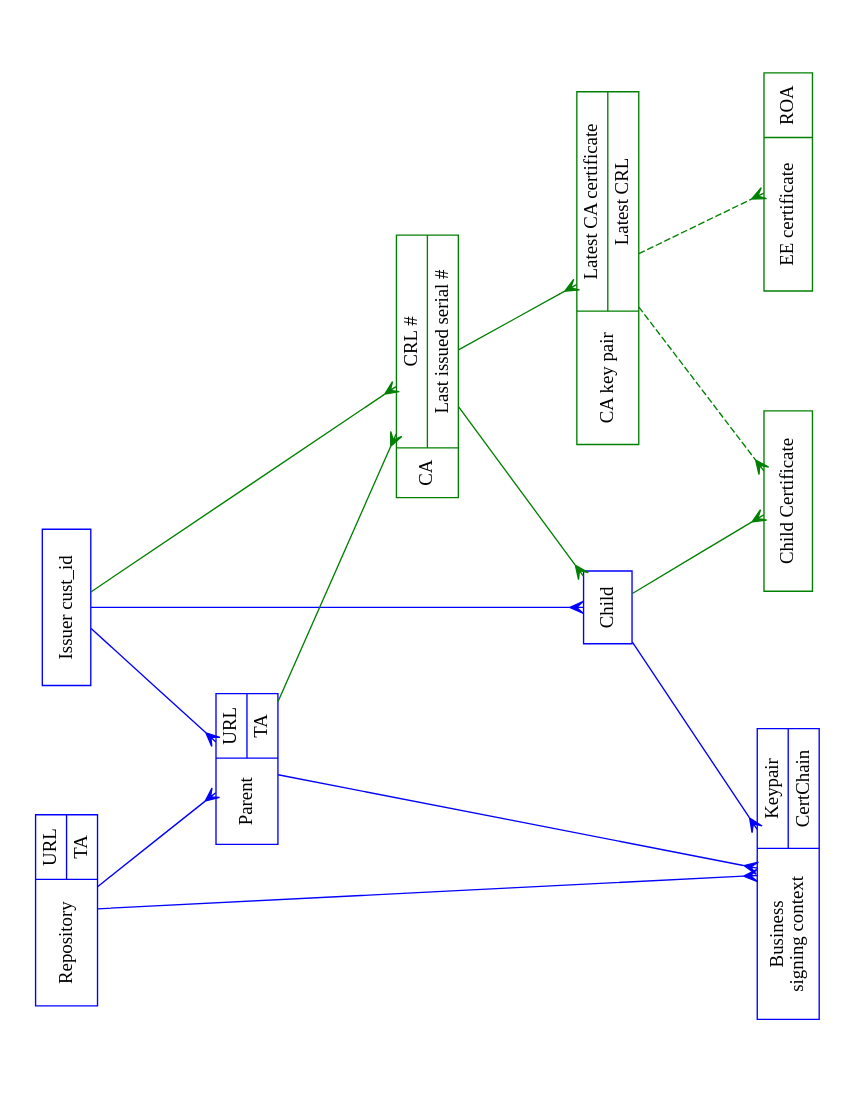
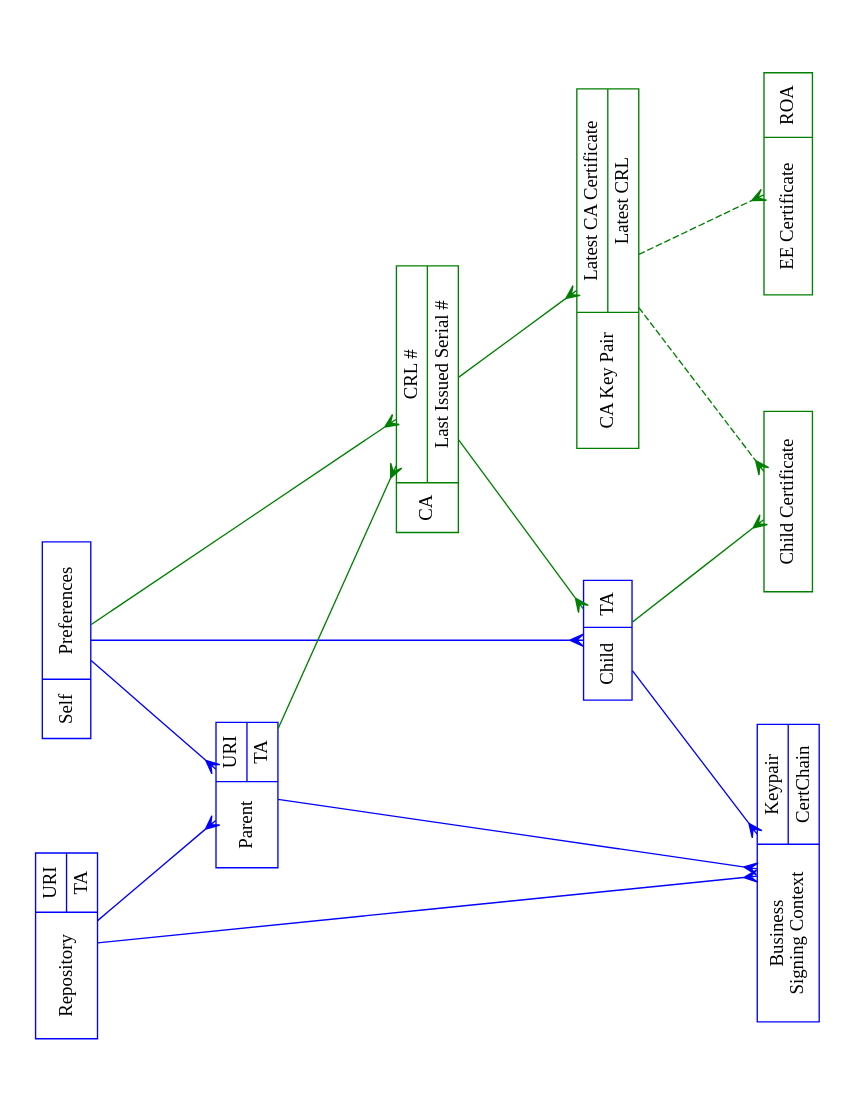
One commit to dragonresearch/rpki.net changed the diagram in docs/images/whiteboard-object-model.dot. Above: the diagram before and after it, drawn with Graphviz. The commit also changed 2 other files, not shown here.

```diff
--- a/docs/images/whiteboard-object-model.dot
+++ b/docs/images/whiteboard-object-model.dot
@@ -1,61 +1,61 @@
 // $URL$
 // $Id$
 
 // This is an attempt to capture
 // http://subvert-rpki.hactrn.net/docs/prague-whiteboard-2007-03-22-23:15:01.jpg
 
 // {arrowhead,arrowtail} shapes to use for database object relationships:
 //   1-  none
 //   m-  crow
 // Color code:
 //   Blue:  visible in left-right protocol
 //   Green: created on the fly
 
 digraph rpki_engine_objects {
 	rotate=90;	size="11,8.5";	splines=true;	ratio=fill;
 	node		[ shape=record ];
 
 	// Objects visible in left-to-right protocol
 	node		[ color=blue ];
-	issuer		[ label="Issuer cust_id" ];
-	parent		[ label="Parent|{URL|TA}" ];
-	repo		[ label="Repository|{URL|TA}" ];
-	child		[ label="Child" ];
-	biz_sign	[ label="Business\nsigning context|{Keypair|CertChain}" ];
+	self		[ label="Self|{Preferences}" ];
+	parent		[ label="Parent|{URI|TA}" ];
+	repo		[ label="Repository|{URI|TA}" ];
+	child		[ label="Child|{TA}" ];
+	biz_sign	[ label="Business\nSigning Context|{Keypair|CertChain}" ];
 
 	// Objects created on the fly by the RPKI engine
 	node		[ color=green ];
-	ca		[ label="CA|{CRL #|Last issued serial #}" ];
+	ca		[ label="CA|{CRL #|Last Issued Serial #}" ];
 	child_cert	[ label="Child Certificate" ];
-	ee_cert		[ label="EE certificate|{ROA}" ];
-	ca_key_pair	[ label="CA key pair|{Latest CA certificate|Latest CRL}" ];
+	ee_cert		[ label="EE Certificate|{ROA}" ];
+	ca_key_pair	[ label="CA Key Pair|{Latest CA Certificate|Latest CRL}" ];
 
 	// One-many mappings
 	edge [ color=blue, arrowtail=none, arrowhead=crow ];
 	child -> biz_sign;
-	issuer -> child;
-	issuer -> parent;
+	self -> child;
+	self -> parent;
 	parent -> biz_sign;
 	repo -> biz_sign;
 	repo -> parent;
 
 	// Many-many mappings
 	edge [ color=green, arrowtail=crow, arrowhead=crow ];
 	ca -> child;
 
 	// One-many mappings
 	edge [ color=green, arrowtail=none, arrowhead=crow ];
 	ca -> ca_key_pair;
 	child -> child_cert;
-	issuer -> ca;
+	self -> ca;
 	parent -> ca;
 
 	// Weird one-many
 	edge [ color=green, arrowtail=none, arrowhead=crow, style=dashed ];
 	ca_key_pair -> child_cert;
 	ca_key_pair -> ee_cert;
 }
 
 // Local Variables:
 // compile-command: "neato -Tps2 whiteboard-object-model.dot | ps2pdf - whiteboard-object-model.pdf"
 // End:
```
